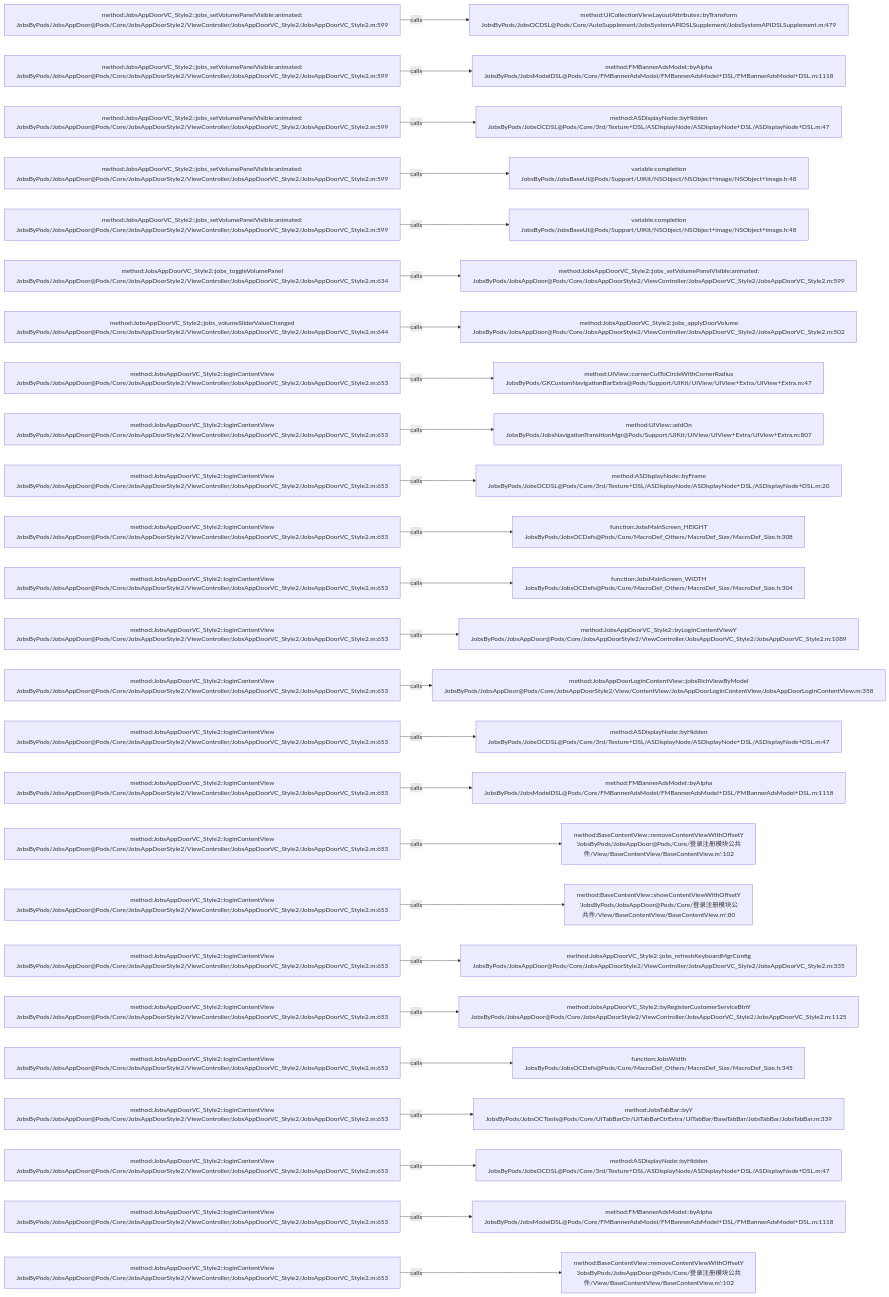
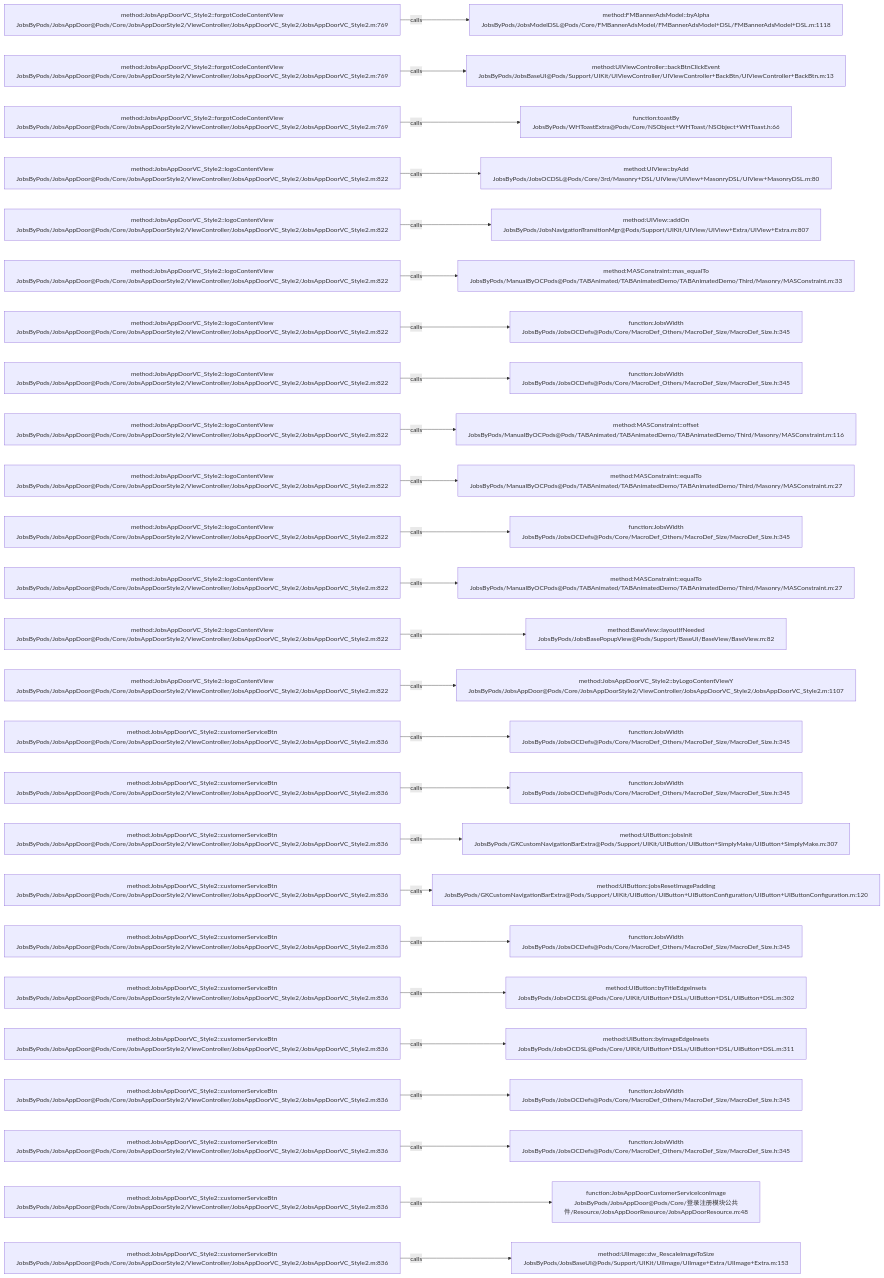
One commit to JobsKits/JobsOCBaseConfigDemo changed the diagram in .codegraph/codegraph.md/graphs/calls-143.md. Above: the diagram before and after it, drawn with Mermaid. The commit also changed 223 other files, not shown here.

````diff
--- a/.codegraph/codegraph.md/graphs/calls-143.md
+++ b/.codegraph/codegraph.md/graphs/calls-143.md
@@ -13,78 +13,78 @@
 ```mermaid
 flowchart LR
-  S1["method:JobsAppDoorVC_Style2::jobs_setVolumePanelVisible:animated:<br/>JobsByPods/JobsAppDoor@Pods/Core/JobsAppDoorStyle2/ViewController/JobsAppDoorVC_Style2/JobsAppDoorVC_Style2.m:599"]
-  T1["method:UICollectionViewLayoutAttributes::byTransform<br/>JobsByPods/JobsOCDSL@Pods/Core/AutoSupplement/JobsSystemAPIDSLSupplement/JobsSystemAPIDSLSupplement.m:479"]
+  S1["method:JobsAppDoorVC_Style2::forgotCodeContentView<br/>JobsByPods/JobsAppDoor@Pods/Core/JobsAppDoorStyle2/ViewController/JobsAppDoorVC_Style2/JobsAppDoorVC_Style2.m:769"]
+  T1["method:FMBannerAdsModel::byAlpha<br/>JobsByPods/JobsModelDSL@Pods/Core/FMBannerAdsModel/FMBannerAdsModel+DSL/FMBannerAdsModel+DSL.m:1118"]
   S1 -->|calls| T1
-  S2["method:JobsAppDoorVC_Style2::jobs_setVolumePanelVisible:animated:<br/>JobsByPods/JobsAppDoor@Pods/Core/JobsAppDoorStyle2/ViewController/JobsAppDoorVC_Style2/JobsAppDoorVC_Style2.m:599"]
-  T2["method:FMBannerAdsModel::byAlpha<br/>JobsByPods/JobsModelDSL@Pods/Core/FMBannerAdsModel/FMBannerAdsModel+DSL/FMBannerAdsModel+DSL.m:1118"]
+  S2["method:JobsAppDoorVC_Style2::forgotCodeContentView<br/>JobsByPods/JobsAppDoor@Pods/Core/JobsAppDoorStyle2/ViewController/JobsAppDoorVC_Style2/JobsAppDoorVC_Style2.m:769"]
+  T2["method:UIViewController::backBtnClickEvent<br/>JobsByPods/JobsBaseUI@Pods/Support/UIKit/UIViewController/UIViewController+BackBtn/UIViewController+BackBtn.m:13"]
   S2 -->|calls| T2
-  S3["method:JobsAppDoorVC_Style2::jobs_setVolumePanelVisible:animated:<br/>JobsByPods/JobsAppDoor@Pods/Core/JobsAppDoorStyle2/ViewController/JobsAppDoorVC_Style2/JobsAppDoorVC_Style2.m:599"]
-  T3["method:ASDisplayNode::byHidden<br/>JobsByPods/JobsOCDSL@Pods/Core/3rd/Texture+DSL/ASDisplayNode/ASDisplayNode+DSL/ASDisplayNode+DSL.m:47"]
+  S3["method:JobsAppDoorVC_Style2::forgotCodeContentView<br/>JobsByPods/JobsAppDoor@Pods/Core/JobsAppDoorStyle2/ViewController/JobsAppDoorVC_Style2/JobsAppDoorVC_Style2.m:769"]
+  T3["function:toastBy<br/>JobsByPods/WHToastExtra@Pods/Core/NSObject+WHToast/NSObject+WHToast.h:66"]
   S3 -->|calls| T3
-  S4["method:JobsAppDoorVC_Style2::jobs_setVolumePanelVisible:animated:<br/>JobsByPods/JobsAppDoor@Pods/Core/JobsAppDoorStyle2/ViewController/JobsAppDoorVC_Style2/JobsAppDoorVC_Style2.m:599"]
-  T4["variable:completion<br/>JobsByPods/JobsBaseUI@Pods/Support/UIKit/NSObject/NSObject+image/NSObject+image.h:48"]
+  S4["method:JobsAppDoorVC_Style2::logoContentView<br/>JobsByPods/JobsAppDoor@Pods/Core/JobsAppDoorStyle2/ViewController/JobsAppDoorVC_Style2/JobsAppDoorVC_Style2.m:822"]
+  T4["method:UIView::byAdd<br/>JobsByPods/JobsOCDSL@Pods/Core/3rd/Masonry+DSL/UIView/UIView+MasonryDSL/UIView+MasonryDSL.m:80"]
   S4 -->|calls| T4
-  S5["method:JobsAppDoorVC_Style2::jobs_setVolumePanelVisible:animated:<br/>JobsByPods/JobsAppDoor@Pods/Core/JobsAppDoorStyle2/ViewController/JobsAppDoorVC_Style2/JobsAppDoorVC_Style2.m:599"]
-  T5["variable:completion<br/>JobsByPods/JobsBaseUI@Pods/Support/UIKit/NSObject/NSObject+image/NSObject+image.h:48"]
+  S5["method:JobsAppDoorVC_Style2::logoContentView<br/>JobsByPods/JobsAppDoor@Pods/Core/JobsAppDoorStyle2/ViewController/JobsAppDoorVC_Style2/JobsAppDoorVC_Style2.m:822"]
+  T5["method:UIView::addOn<br/>JobsByPods/JobsNavigationTransitionMgr@Pods/Support/UIKit/UIView/UIView+Extra/UIView+Extra.m:807"]
   S5 -->|calls| T5
-  S6["method:JobsAppDoorVC_Style2::jobs_toggleVolumePanel<br/>JobsByPods/JobsAppDoor@Pods/Core/JobsAppDoorStyle2/ViewController/JobsAppDoorVC_Style2/JobsAppDoorVC_Style2.m:634"]
-  T6["method:JobsAppDoorVC_Style2::jobs_setVolumePanelVisible:animated:<br/>JobsByPods/JobsAppDoor@Pods/Core/JobsAppDoorStyle2/ViewController/JobsAppDoorVC_Style2/JobsAppDoorVC_Style2.m:599"]
+  S6["method:JobsAppDoorVC_Style2::logoContentView<br/>JobsByPods/JobsAppDoor@Pods/Core/JobsAppDoorStyle2/ViewController/JobsAppDoorVC_Style2/JobsAppDoorVC_Style2.m:822"]
+  T6["method:MASConstraint::mas_equalTo<br/>JobsByPods/ManualByOCPods@Pods/TABAnimated/TABAnimatedDemo/TABAnimatedDemo/Third/Masonry/MASConstraint.m:33"]
   S6 -->|calls| T6
-  S7["method:JobsAppDoorVC_Style2::jobs_volumeSliderValueChanged<br/>JobsByPods/JobsAppDoor@Pods/Core/JobsAppDoorStyle2/ViewController/JobsAppDoorVC_Style2/JobsAppDoorVC_Style2.m:644"]
-  T7["method:JobsAppDoorVC_Style2::jobs_applyDoorVolume<br/>JobsByPods/JobsAppDoor@Pods/Core/JobsAppDoorStyle2/ViewController/JobsAppDoorVC_Style2/JobsAppDoorVC_Style2.m:502"]
+  S7["method:JobsAppDoorVC_Style2::logoContentView<br/>JobsByPods/JobsAppDoor@Pods/Core/JobsAppDoorStyle2/ViewController/JobsAppDoorVC_Style2/JobsAppDoorVC_Style2.m:822"]
+  T7["function:JobsWidth<br/>JobsByPods/JobsOCDefs@Pods/Core/MacroDef_Others/MacroDef_Size/MacroDef_Size.h:345"]
   S7 -->|calls| T7
-  S8["method:JobsAppDoorVC_Style2::loginContentView<br/>JobsByPods/JobsAppDoor@Pods/Core/JobsAppDoorStyle2/ViewController/JobsAppDoorVC_Style2/JobsAppDoorVC_Style2.m:653"]
-  T8["method:UIView::cornerCutToCircleWithCornerRadius<br/>JobsByPods/GKCustomNavigationBarExtra@Pods/Support/UIKit/UIView/UIView+Extra/UIView+Extra.m:47"]
+  S8["method:JobsAppDoorVC_Style2::logoContentView<br/>JobsByPods/JobsAppDoor@Pods/Core/JobsAppDoorStyle2/ViewController/JobsAppDoorVC_Style2/JobsAppDoorVC_Style2.m:822"]
+  T8["function:JobsWidth<br/>JobsByPods/JobsOCDefs@Pods/Core/MacroDef_Others/MacroDef_Size/MacroDef_Size.h:345"]
   S8 -->|calls| T8
-  S9["method:JobsAppDoorVC_Style2::loginContentView<br/>JobsByPods/JobsAppDoor@Pods/Core/JobsAppDoorStyle2/ViewController/JobsAppDoorVC_Style2/JobsAppDoorVC_Style2.m:653"]
-  T9["method:UIView::addOn<br/>JobsByPods/JobsNavigationTransitionMgr@Pods/Support/UIKit/UIView/UIView+Extra/UIView+Extra.m:807"]
+  S9["method:JobsAppDoorVC_Style2::logoContentView<br/>JobsByPods/JobsAppDoor@Pods/Core/JobsAppDoorStyle2/ViewController/JobsAppDoorVC_Style2/JobsAppDoorVC_Style2.m:822"]
+  T9["method:MASConstraint::offset<br/>JobsByPods/ManualByOCPods@Pods/TABAnimated/TABAnimatedDemo/TABAnimatedDemo/Third/Masonry/MASConstraint.m:116"]
   S9 -->|calls| T9
-  S10["method:JobsAppDoorVC_Style2::loginContentView<br/>JobsByPods/JobsAppDoor@Pods/Core/JobsAppDoorStyle2/ViewController/JobsAppDoorVC_Style2/JobsAppDoorVC_Style2.m:653"]
-  T10["method:ASDisplayNode::byFrame<br/>JobsByPods/JobsOCDSL@Pods/Core/3rd/Texture+DSL/ASDisplayNode/ASDisplayNode+DSL/ASDisplayNode+DSL.m:20"]
+  S10["method:JobsAppDoorVC_Style2::logoContentView<br/>JobsByPods/JobsAppDoor@Pods/Core/JobsAppDoorStyle2/ViewController/JobsAppDoorVC_Style2/JobsAppDoorVC_Style2.m:822"]
+  T10["method:MASConstraint::equalTo<br/>JobsByPods/ManualByOCPods@Pods/TABAnimated/TABAnimatedDemo/TABAnimatedDemo/Third/Masonry/MASConstraint.m:27"]
   S10 -->|calls| T10
-  S11["method:JobsAppDoorVC_Style2::loginContentView<br/>JobsByPods/JobsAppDoor@Pods/Core/JobsAppDoorStyle2/ViewController/JobsAppDoorVC_Style2/JobsAppDoorVC_Style2.m:653"]
-  T11["function:JobsMainScreen_HEIGHT<br/>JobsByPods/JobsOCDefs@Pods/Core/MacroDef_Others/MacroDef_Size/MacroDef_Size.h:308"]
+  S11["method:JobsAppDoorVC_Style2::logoContentView<br/>JobsByPods/JobsAppDoor@Pods/Core/JobsAppDoorStyle2/ViewController/JobsAppDoorVC_Style2/JobsAppDoorVC_Style2.m:822"]
+  T11["function:JobsWidth<br/>JobsByPods/JobsOCDefs@Pods/Core/MacroDef_Others/MacroDef_Size/MacroDef_Size.h:345"]
   S11 -->|calls| T11
-  S12["method:JobsAppDoorVC_Style2::loginContentView<br/>JobsByPods/JobsAppDoor@Pods/Core/JobsAppDoorStyle2/ViewController/JobsAppDoorVC_Style2/JobsAppDoorVC_Style2.m:653"]
-  T12["function:JobsMainScreen_WIDTH<br/>JobsByPods/JobsOCDefs@Pods/Core/MacroDef_Others/MacroDef_Size/MacroDef_Size.h:304"]
+  S12["method:JobsAppDoorVC_Style2::logoContentView<br/>JobsByPods/JobsAppDoor@Pods/Core/JobsAppDoorStyle2/ViewController/JobsAppDoorVC_Style2/JobsAppDoorVC_Style2.m:822"]
+  T12["method:MASConstraint::equalTo<br/>JobsByPods/ManualByOCPods@Pods/TABAnimated/TABAnimatedDemo/TABAnimatedDemo/Third/Masonry/MASConstraint.m:27"]
   S12 -->|calls| T12
-  S13["method:JobsAppDoorVC_Style2::loginContentView<br/>JobsByPods/JobsAppDoor@Pods/Core/JobsAppDoorStyle2/ViewController/JobsAppDoorVC_Style2/JobsAppDoorVC_Style2.m:653"]
-  T13["method:JobsAppDoorVC_Style2::byLoginContentViewY<br/>JobsByPods/JobsAppDoor@Pods/Core/JobsAppDoorStyle2/ViewController/JobsAppDoorVC_Style2/JobsAppDoorVC_Style2.m:1089"]
+  S13["method:JobsAppDoorVC_Style2::logoContentView<br/>JobsByPods/JobsAppDoor@Pods/Core/JobsAppDoorStyle2/ViewController/JobsAppDoorVC_Style2/JobsAppDoorVC_Style2.m:822"]
+  T13["method:BaseView::layoutIfNeeded<br/>JobsByPods/JobsBasePopupView@Pods/Support/BaseUI/BaseView/BaseView.m:82"]
   S13 -->|calls| T13
-  S14["method:JobsAppDoorVC_Style2::loginContentView<br/>JobsByPods/JobsAppDoor@Pods/Core/JobsAppDoorStyle2/ViewController/JobsAppDoorVC_Style2/JobsAppDoorVC_Style2.m:653"]
-  T14["method:JobsAppDoorLoginContentView::jobsRichViewByModel<br/>JobsByPods/JobsAppDoor@Pods/Core/JobsAppDoorStyle2/View/ContentView/JobsAppDoorLoginContentView/JobsAppDoorLoginContentView.m:358"]
+  S14["method:JobsAppDoorVC_Style2::logoContentView<br/>JobsByPods/JobsAppDoor@Pods/Core/JobsAppDoorStyle2/ViewController/JobsAppDoorVC_Style2/JobsAppDoorVC_Style2.m:822"]
+  T14["method:JobsAppDoorVC_Style2::byLogoContentViewY<br/>JobsByPods/JobsAppDoor@Pods/Core/JobsAppDoorStyle2/ViewController/JobsAppDoorVC_Style2/JobsAppDoorVC_Style2.m:1107"]
   S14 -->|calls| T14
-  S15["method:JobsAppDoorVC_Style2::loginContentView<br/>JobsByPods/JobsAppDoor@Pods/Core/JobsAppDoorStyle2/ViewController/JobsAppDoorVC_Style2/JobsAppDoorVC_Style2.m:653"]
-  T15["method:ASDisplayNode::byHidden<br/>JobsByPods/JobsOCDSL@Pods/Core/3rd/Texture+DSL/ASDisplayNode/ASDisplayNode+DSL/ASDisplayNode+DSL.m:47"]
+  S15["method:JobsAppDoorVC_Style2::customerServiceBtn<br/>JobsByPods/JobsAppDoor@Pods/Core/JobsAppDoorStyle2/ViewController/JobsAppDoorVC_Style2/JobsAppDoorVC_Style2.m:836"]
+  T15["function:JobsWidth<br/>JobsByPods/JobsOCDefs@Pods/Core/MacroDef_Others/MacroDef_Size/MacroDef_Size.h:345"]
   S15 -->|calls| T15
-  S16["method:JobsAppDoorVC_Style2::loginContentView<br/>JobsByPods/JobsAppDoor@Pods/Core/JobsAppDoorStyle2/ViewController/JobsAppDoorVC_Style2/JobsAppDoorVC_Style2.m:653"]
-  T16["method:FMBannerAdsModel::byAlpha<br/>JobsByPods/JobsModelDSL@Pods/Core/FMBannerAdsModel/FMBannerAdsModel+DSL/FMBannerAdsModel+DSL.m:1118"]
+  S16["method:JobsAppDoorVC_Style2::customerServiceBtn<br/>JobsByPods/JobsAppDoor@Pods/Core/JobsAppDoorStyle2/ViewController/JobsAppDoorVC_Style2/JobsAppDoorVC_Style2.m:836"]
+  T16["function:JobsWidth<br/>JobsByPods/JobsOCDefs@Pods/Core/MacroDef_Others/MacroDef_Size/MacroDef_Size.h:345"]
   S16 -->|calls| T16
-  S17["method:JobsAppDoorVC_Style2::loginContentView<br/>JobsByPods/JobsAppDoor@Pods/Core/JobsAppDoorStyle2/ViewController/JobsAppDoorVC_Style2/JobsAppDoorVC_Style2.m:653"]
-  T17["method:BaseContentView::removeContentViewWithOffsetY<br/>'JobsByPods/JobsAppDoor@Pods/Core/登录注册模块公共件/View/BaseContentView/BaseContentView.m':102"]
+  S17["method:JobsAppDoorVC_Style2::customerServiceBtn<br/>JobsByPods/JobsAppDoor@Pods/Core/JobsAppDoorStyle2/ViewController/JobsAppDoorVC_Style2/JobsAppDoorVC_Style2.m:836"]
+  T17["method:UIButton::jobsInit<br/>JobsByPods/GKCustomNavigationBarExtra@Pods/Support/UIKit/UIButton/UIButton+SimplyMake/UIButton+SimplyMake.m:307"]
   S17 -->|calls| T17
-  S18["method:JobsAppDoorVC_Style2::loginContentView<br/>JobsByPods/JobsAppDoor@Pods/Core/JobsAppDoorStyle2/ViewController/JobsAppDoorVC_Style2/JobsAppDoorVC_Style2.m:653"]
-  T18["method:BaseContentView::showContentViewWithOffsetY<br/>'JobsByPods/JobsAppDoor@Pods/Core/登录注册模块公共件/View/BaseContentView/BaseContentView.m':80"]
+  S18["method:JobsAppDoorVC_Style2::customerServiceBtn<br/>JobsByPods/JobsAppDoor@Pods/Core/JobsAppDoorStyle2/ViewController/JobsAppDoorVC_Style2/JobsAppDoorVC_Style2.m:836"]
+  T18["method:UIButton::jobsResetImagePadding<br/>JobsByPods/GKCustomNavigationBarExtra@Pods/Support/UIKit/UIButton/UIButton+UIButtonConfiguration/UIButton+UIButtonConfiguration.m:120"]
   S18 -->|calls| T18
-  S19["method:JobsAppDoorVC_Style2::loginContentView<br/>JobsByPods/JobsAppDoor@Pods/Core/JobsAppDoorStyle2/ViewController/JobsAppDoorVC_Style2/JobsAppDoorVC_Style2.m:653"]
-  T19["method:JobsAppDoorVC_Style2::jobs_refreshKeyboardMgrConfig<br/>JobsByPods/JobsAppDoor@Pods/Core/JobsAppDoorStyle2/ViewController/JobsAppDoorVC_Style2/JobsAppDoorVC_Style2.m:335"]
+  S19["method:JobsAppDoorVC_Style2::customerServiceBtn<br/>JobsByPods/JobsAppDoor@Pods/Core/JobsAppDoorStyle2/ViewController/JobsAppDoorVC_Style2/JobsAppDoorVC_Style2.m:836"]
+  T19["function:JobsWidth<br/>JobsByPods/JobsOCDefs@Pods/Core/MacroDef_Others/MacroDef_Size/MacroDef_Size.h:345"]
   S19 -->|calls| T19
-  S20["method:JobsAppDoorVC_Style2::loginContentView<br/>JobsByPods/JobsAppDoor@Pods/Core/JobsAppDoorStyle2/ViewController/JobsAppDoorVC_Style2/JobsAppDoorVC_Style2.m:653"]
-  T20["method:JobsAppDoorVC_Style2::byRegisterCustomerServiceBtnY<br/>JobsByPods/JobsAppDoor@Pods/Core/JobsAppDoorStyle2/ViewController/JobsAppDoorVC_Style2/JobsAppDoorVC_Style2.m:1125"]
+  S20["method:JobsAppDoorVC_Style2::customerServiceBtn<br/>JobsByPods/JobsAppDoor@Pods/Core/JobsAppDoorStyle2/ViewController/JobsAppDoorVC_Style2/JobsAppDoorVC_Style2.m:836"]
+  T20["method:UIButton::byTitleEdgeInsets<br/>JobsByPods/JobsOCDSL@Pods/Core/UIKit/UIButton+DSLs/UIButton+DSL/UIButton+DSL.m:302"]
   S20 -->|calls| T20
-  S21["method:JobsAppDoorVC_Style2::loginContentView<br/>JobsByPods/JobsAppDoor@Pods/Core/JobsAppDoorStyle2/ViewController/JobsAppDoorVC_Style2/JobsAppDoorVC_Style2.m:653"]
-  T21["function:JobsWidth<br/>JobsByPods/JobsOCDefs@Pods/Core/MacroDef_Others/MacroDef_Size/MacroDef_Size.h:345"]
+  S21["method:JobsAppDoorVC_Style2::customerServiceBtn<br/>JobsByPods/JobsAppDoor@Pods/Core/JobsAppDoorStyle2/ViewController/JobsAppDoorVC_Style2/JobsAppDoorVC_Style2.m:836"]
+  T21["method:UIButton::byImageEdgeInsets<br/>JobsByPods/JobsOCDSL@Pods/Core/UIKit/UIButton+DSLs/UIButton+DSL/UIButton+DSL.m:311"]
   S21 -->|calls| T21
-  S22["method:JobsAppDoorVC_Style2::loginContentView<br/>JobsByPods/JobsAppDoor@Pods/Core/JobsAppDoorStyle2/ViewController/JobsAppDoorVC_Style2/JobsAppDoorVC_Style2.m:653"]
-  T22["method:JobsTabBar::byY<br/>JobsByPods/JobsOCTools@Pods/Core/UITabBarCtr/UITabBarCtrExtra/UITabBar/BaseTabBar/JobsTabBar/JobsTabBar.m:339"]
+  S22["method:JobsAppDoorVC_Style2::customerServiceBtn<br/>JobsByPods/JobsAppDoor@Pods/Core/JobsAppDoorStyle2/ViewController/JobsAppDoorVC_Style2/JobsAppDoorVC_Style2.m:836"]
+  T22["function:JobsWidth<br/>JobsByPods/JobsOCDefs@Pods/Core/MacroDef_Others/MacroDef_Size/MacroDef_Size.h:345"]
   S22 -->|calls| T22
-  S23["method:JobsAppDoorVC_Style2::loginContentView<br/>JobsByPods/JobsAppDoor@Pods/Core/JobsAppDoorStyle2/ViewController/JobsAppDoorVC_Style2/JobsAppDoorVC_Style2.m:653"]
-  T23["method:ASDisplayNode::byHidden<br/>JobsByPods/JobsOCDSL@Pods/Core/3rd/Texture+DSL/ASDisplayNode/ASDisplayNode+DSL/ASDisplayNode+DSL.m:47"]
+  S23["method:JobsAppDoorVC_Style2::customerServiceBtn<br/>JobsByPods/JobsAppDoor@Pods/Core/JobsAppDoorStyle2/ViewController/JobsAppDoorVC_Style2/JobsAppDoorVC_Style2.m:836"]
+  T23["function:JobsWidth<br/>JobsByPods/JobsOCDefs@Pods/Core/MacroDef_Others/MacroDef_Size/MacroDef_Size.h:345"]
   S23 -->|calls| T23
-  S24["method:JobsAppDoorVC_Style2::loginContentView<br/>JobsByPods/JobsAppDoor@Pods/Core/JobsAppDoorStyle2/ViewController/JobsAppDoorVC_Style2/JobsAppDoorVC_Style2.m:653"]
-  T24["method:FMBannerAdsModel::byAlpha<br/>JobsByPods/JobsModelDSL@Pods/Core/FMBannerAdsModel/FMBannerAdsModel+DSL/FMBannerAdsModel+DSL.m:1118"]
+  S24["method:JobsAppDoorVC_Style2::customerServiceBtn<br/>JobsByPods/JobsAppDoor@Pods/Core/JobsAppDoorStyle2/ViewController/JobsAppDoorVC_Style2/JobsAppDoorVC_Style2.m:836"]
+  T24["function:JobsAppDoorCustomerServiceIconImage<br/>JobsByPods/JobsAppDoor@Pods/Core/登录注册模块公共件/Resource/JobsAppDoorResource/JobsAppDoorResource.m:48"]
   S24 -->|calls| T24
-  S25["method:JobsAppDoorVC_Style2::loginContentView<br/>JobsByPods/JobsAppDoor@Pods/Core/JobsAppDoorStyle2/ViewController/JobsAppDoorVC_Style2/JobsAppDoorVC_Style2.m:653"]
-  T25["method:BaseContentView::removeContentViewWithOffsetY<br/>'JobsByPods/JobsAppDoor@Pods/Core/登录注册模块公共件/View/BaseContentView/BaseContentView.m':102"]
+  S25["method:JobsAppDoorVC_Style2::customerServiceBtn<br/>JobsByPods/JobsAppDoor@Pods/Core/JobsAppDoorStyle2/ViewController/JobsAppDoorVC_Style2/JobsAppDoorVC_Style2.m:836"]
+  T25["method:UIImage::dw_RescaleImageToSize<br/>JobsByPods/JobsBaseUI@Pods/Support/UIKit/UIImage/UIImage+Extra/UIImage+Extra.m:153"]
   S25 -->|calls| T25
 ```
````
